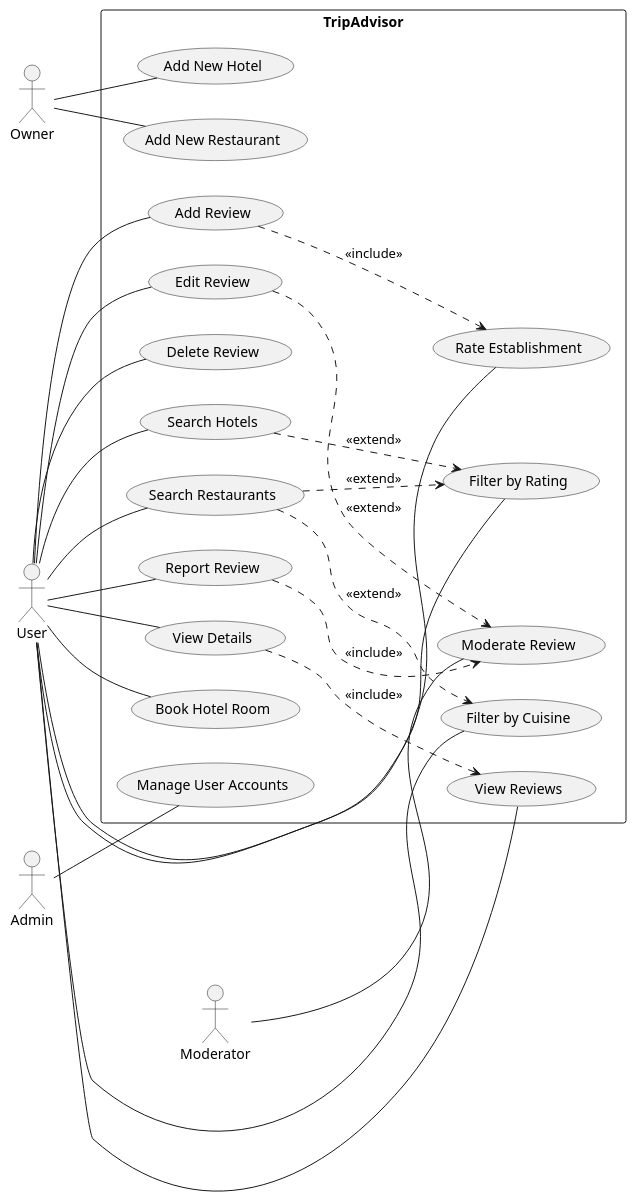
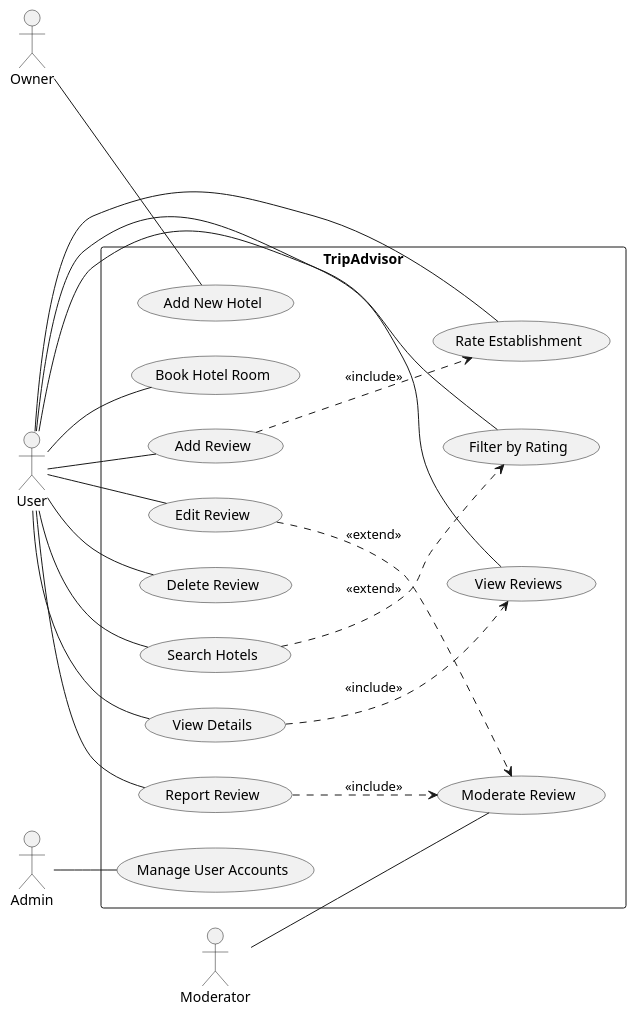
The diagram in uml/use_case.puml (Denysko8/iot_dpz), drawn with PlantUML before and after one commit. The commit also changed 2 other files, not shown here.

Commit message:
removed everything related to restaurants

```diff
--- a/uml/use_case.puml
+++ b/uml/use_case.puml
@@ -1,51 +1,43 @@
 @startuml
 left to right direction
 actor "Owner" as ow
 actor "User" as us
 actor "Moderator" as mod
 actor "Admin" as adm
 
 rectangle TripAdvisor {
-  usecase "Add New Restaurant" as UC1
   usecase "Add New Hotel" as UC2
   usecase "Add Review" as UC3
   usecase "Edit Review" as UC4
   usecase "Delete Review" as UC5
   usecase "Rate Establishment" as UC6
   usecase "View Reviews" as UC7
-  usecase "Search Restaurants" as UC8
   usecase "Search Hotels" as UC9
   usecase "Filter by Rating" as UC10
-  usecase "Filter by Cuisine" as UC11
   usecase "View Details" as UC12
   usecase "Moderate Review" as UC13
   usecase "Report Review" as UC14
   usecase "Book Hotel Room" as UC15
   usecase "Manage User Accounts" as UC16
 }
 
-ow -- UC1
 ow -- UC2
 us -- UC3
 us -- UC4
 us -- UC5
 us -- UC6
 us -- UC7
-us -- UC8
 us -- UC9
 us -- UC10
-us -- UC11
 us -- UC12
 us -- UC14
 us -- UC15
 mod -- UC13
 adm -- UC16
 
 UC3 ..> UC6 : <<include>>
 UC4 ..> UC13 : <<extend>>
-UC8 ..> UC10 : <<extend>>
-UC8 ..> UC11 : <<extend>>
 UC9 ..> UC10 : <<extend>>
 UC12 ..> UC7 : <<include>>
 UC14 ..> UC13 : <<include>>
 @enduml
```
